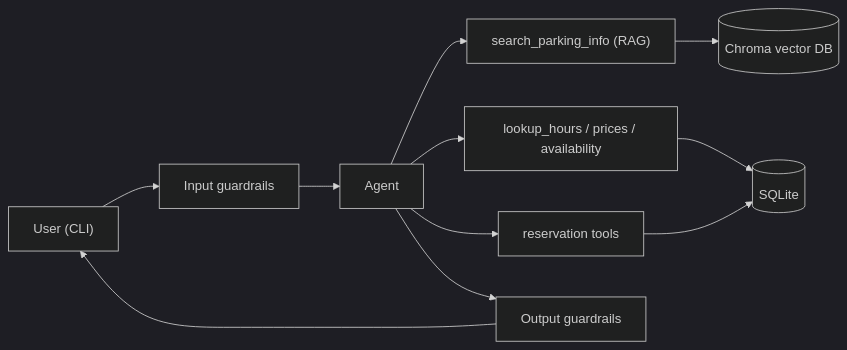
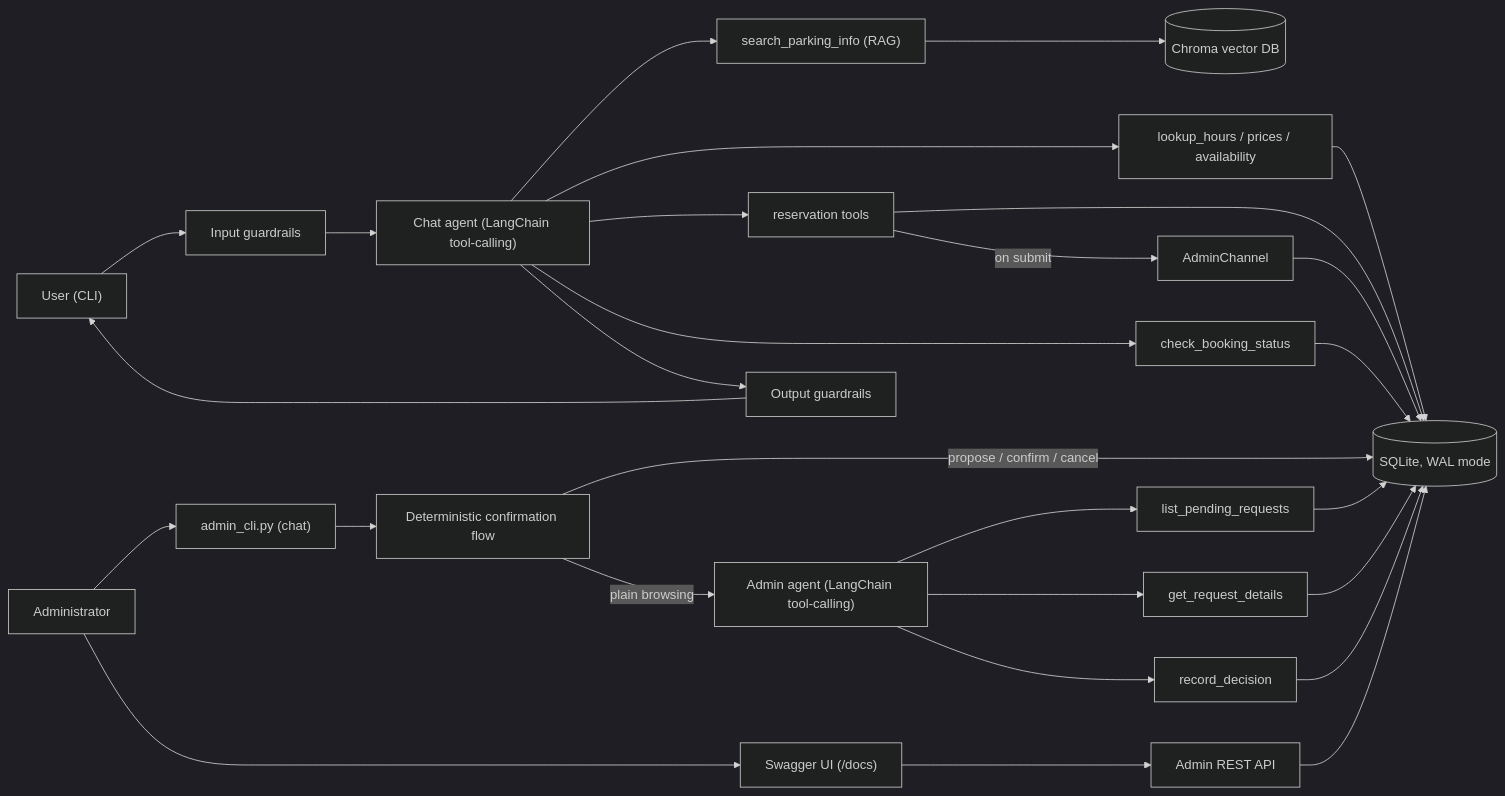
Before and after one commit to Gorisha2004/parking_chatbot: the diagram in README.md, drawn with Mermaid (dark theme). The commit also changed other lines of this file and 28 other files, not shown here.

````diff
--- a/README.md
+++ b/README.md
@@ -38,13 +39,31 @@
 ```mermaid
 flowchart LR
     U["User (CLI)"] --> IG["Input guardrails"]
-    IG --> A["Agent"]
+    IG --> A["Chat agent (LangChain tool-calling)"]
     A --> T1["search_parking_info (RAG)"]
     A --> T2["lookup_hours / prices / availability"]
     A --> T3["reservation tools"]
+    A --> T4["check_booking_status"]
     T1 --> C[("Chroma vector DB")]
-    T2 --> S[("SQLite")]
+    T2 --> S[("SQLite, WAL mode")]
     T3 --> S
+    T4 --> S
+    T3 -->|"on submit"| CH["AdminChannel"]
+    CH --> S
     A --> OG["Output guardrails"]
     OG --> U
+
+    Admin["Administrator"] --> ACLI["admin_cli.py (chat)"]
+    Admin --> Docs["Swagger UI (/docs)"]
+    ACLI --> DET["Deterministic confirmation flow"]
+    DET -->|"propose / confirm / cancel"| S
+    DET -->|"plain browsing"| AA["Admin agent (LangChain tool-calling)"]
+    AA --> AT1["list_pending_requests"]
+    AA --> AT2["get_request_details"]
+    AA --> AT3["record_decision"]
+    AT1 --> S
+    AT2 --> S
+    AT3 --> S
+    Docs --> API["Admin REST API"]
+    API --> S
 ```
````
